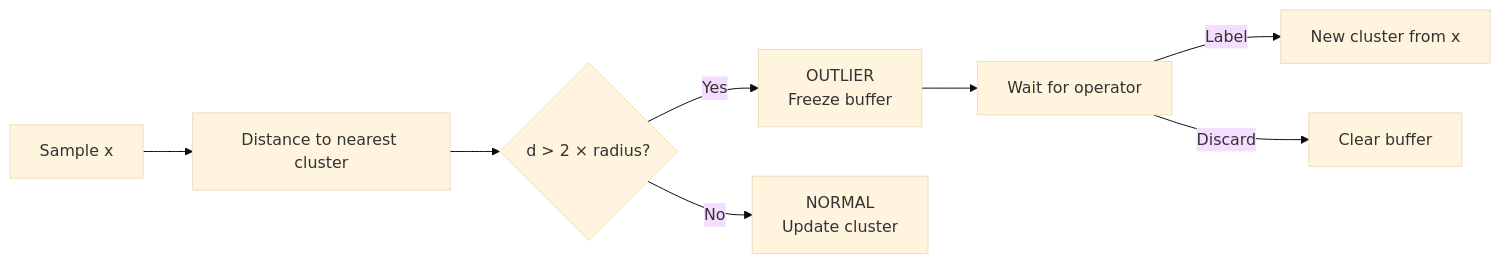
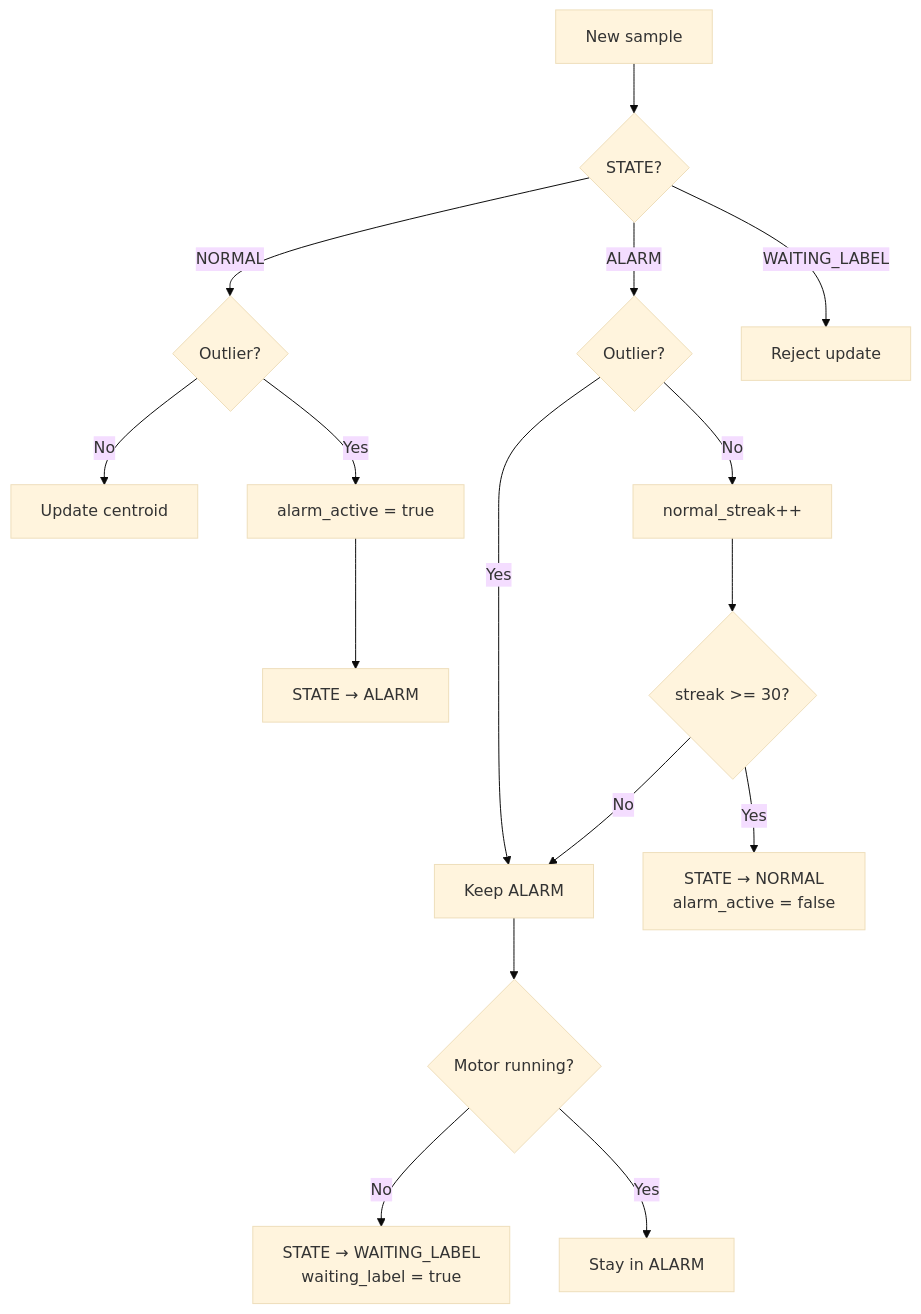
The third of 6 diagrams in docs/ARCHITECTURE.md (leekaize/tinyol-hitl), drawn with Mermaid (base theme) before and after one commit. The commit also changed other lines of this file and 8 other files, not shown here.

````diff
--- a/docs/ARCHITECTURE.md
+++ b/docs/ARCHITECTURE.md
@@ -125,12 +71,22 @@
 ```mermaid
-graph LR
-    A[Sample x] --> B[Distance to nearest cluster]
-    B --> C{d > 2 × radius?}
+flowchart TD
+    A[New sample] --> B{STATE?}
 
-    C -->|Yes| D[OUTLIER<br/>Freeze buffer]
-    C -->|No| E[NORMAL<br/>Update cluster]
+    B -->|NORMAL| C{Outlier?}
+    C -->|No| D[Update centroid]
+    C -->|Yes| E[alarm_active = true]
+    E --> F[STATE → ALARM]
 
-    D --> F[Wait for operator]
-    F -->|Label| G[New cluster from x]
-    F -->|Discard| H[Clear buffer]
+    B -->|ALARM| G{Outlier?}
+    G -->|Yes| H[Keep ALARM]
+    G -->|No| I[normal_streak++]
+    I --> J{streak >= 30?}
+    J -->|Yes| K[STATE → NORMAL<br/>alarm_active = false]
+    J -->|No| H
+
+    H --> L{Motor running?}
+    L -->|No| M[STATE → WAITING_LABEL<br/>waiting_label = true]
+    L -->|Yes| N[Stay in ALARM]
+
+    B -->|WAITING_LABEL| O[Reject update]
 ```
````
